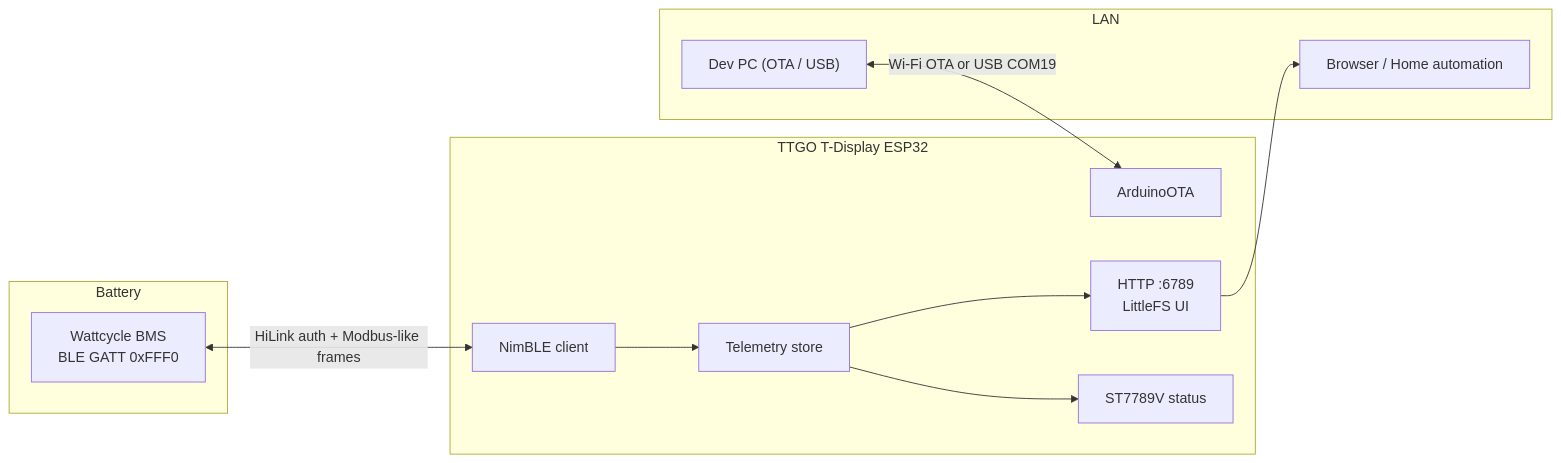
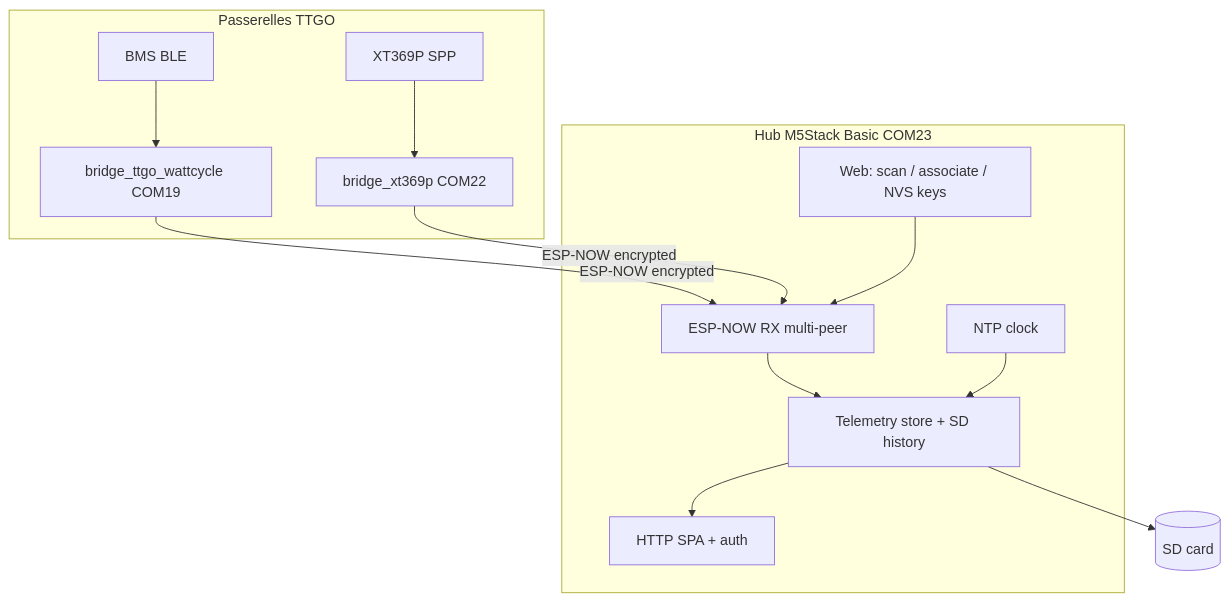
Before and after one commit to Nutz95/WattcycleEsp32Gateway: the second of 4 diagrams in README.md, drawn with Mermaid. The commit also changed other lines of this file and 4 other files, not shown here.

````diff
--- a/README.md
+++ b/README.md
@@ -22,26 +37,20 @@
 ```mermaid
-flowchart LR
-  subgraph Battery
-    BMS["Wattcycle BMS<br/>BLE GATT 0xFFF0"]
+flowchart TB
+  subgraph bridges [Passerelles TTGO]
+    BMS2["BMS BLE"] --> BridgeBms["bridge_ttgo_wattcycle COM19"]
+    XT2["XT369P SPP"] --> BridgeXt["bridge_xt369p COM22"]
   end
-
-  subgraph TTGO["TTGO T-Display ESP32"]
-    BLE["NimBLE client"]
-    STORE["Telemetry store"]
-    WEB["HTTP :6789<br/>LittleFS UI"]
-    TFT["ST7789V status"]
-    OTA["ArduinoOTA"]
+  subgraph hub [Hub M5Stack Basic COM23]
+    EspNowRx["ESP-NOW RX multi-peer"]
+    Store["Telemetry store + SD history"]
+    Web["HTTP SPA + auth"]
+    Ntp["NTP clock"]
+    PairUi["Web: scan / associate / NVS keys"]
   end
-
-  subgraph LAN
-    BROWSER["Browser / Home automation"]
-    DEV["Dev PC (OTA / USB)"]
-  end
-
-  BMS <-->|HiLink auth + Modbus-like frames| BLE
-  BLE --> STORE
-  STORE --> WEB
-  STORE --> TFT
-  WEB --> BROWSER
-  DEV <-->|Wi-Fi OTA or USB COM19| OTA
+  BridgeBms -->|"ESP-NOW encrypted"| EspNowRx
+  BridgeXt -->|"ESP-NOW encrypted"| EspNowRx
+  EspNowRx --> Store --> Web
+  PairUi --> EspNowRx
+  Store --> SD[(SD card)]
+  Ntp --> Store
 ```
````
